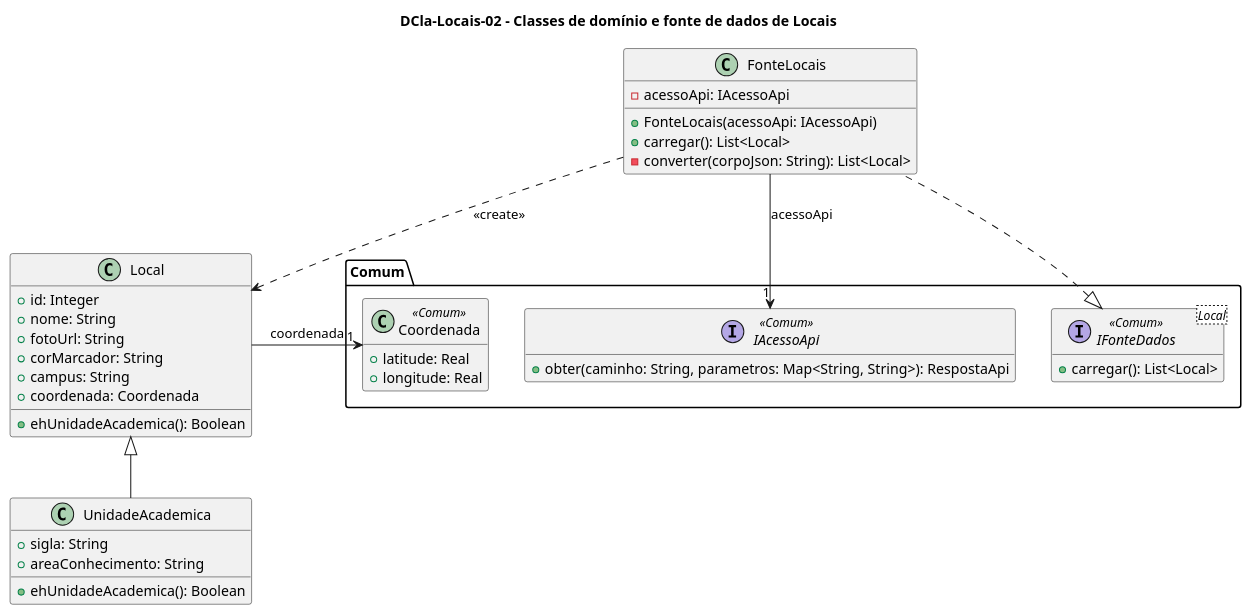
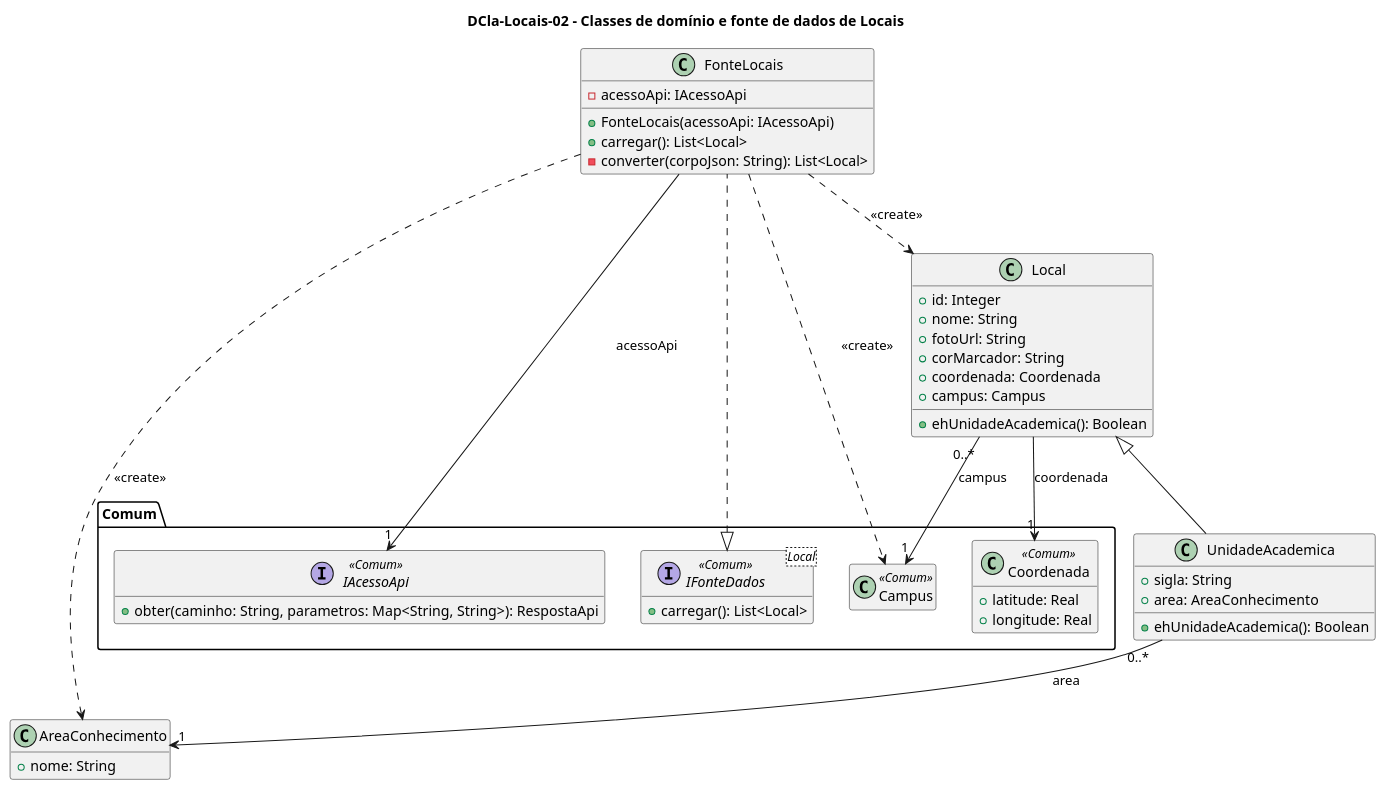
One commit to joseduardogon/Minha_UFG_Grupo_Cinza changed the diagram in Locais/DCla-Locais-02.puml. Above: the diagram before and after it, drawn with PlantUML. The commit also changed 38 other files, not shown here.

```diff
--- a/Locais/DCla-Locais-02.puml
+++ b/Locais/DCla-Locais-02.puml
@@ -1,46 +1,55 @@
 @startuml DCla-Locais-02
 title DCla-Locais-02 – Classes de domínio e fonte de dados de Locais
 hide empty members
 
 package "Comum" {
   interface "IFonteDados<Local>" as IFonteDados <<Comum>> {
     + carregar(): List<Local>
   }
   interface IAcessoApi <<Comum>> {
     + obter(caminho: String, parametros: Map<String, String>): RespostaApi
   }
   class Coordenada <<Comum>> {
     + latitude: Real
     + longitude: Real
   }
+  class Campus <<Comum>>
 }
 
 class FonteLocais {
   - acessoApi: IAcessoApi
   + FonteLocais(acessoApi: IAcessoApi)
   + carregar(): List<Local>
   - converter(corpoJson: String): List<Local>
 }
 
 class Local {
   + id: Integer
   + nome: String
   + fotoUrl: String
   + corMarcador: String
-  + campus: String
   + coordenada: Coordenada
+  + campus: Campus
   + ehUnidadeAcademica(): Boolean
 }
 
 class UnidadeAcademica {
   + sigla: String
-  + areaConhecimento: String
+  + area: AreaConhecimento
   + ehUnidadeAcademica(): Boolean
 }
 
 IFonteDados <|.. FonteLocais
 FonteLocais --> "1" IAcessoApi : acessoApi
 FonteLocais ..> Local : <<create>>
 Local <|-- UnidadeAcademica
 Local --> "1" Coordenada : coordenada
+Local "0..*" --> "1" Campus : campus
+
+class AreaConhecimento {
+  + nome: String
+}
+UnidadeAcademica "0..*" --> "1" AreaConhecimento : area
+FonteLocais ..> AreaConhecimento : <<create>>
+FonteLocais ..> Campus : <<create>>
 @enduml
```
